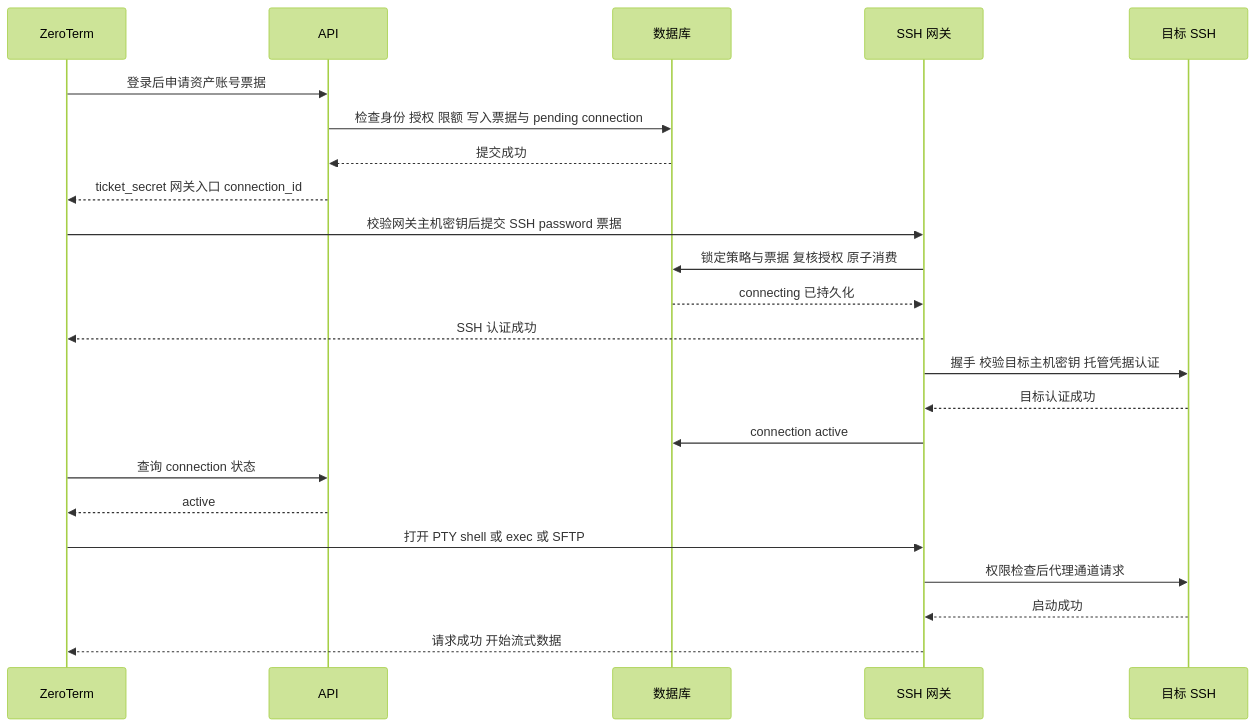
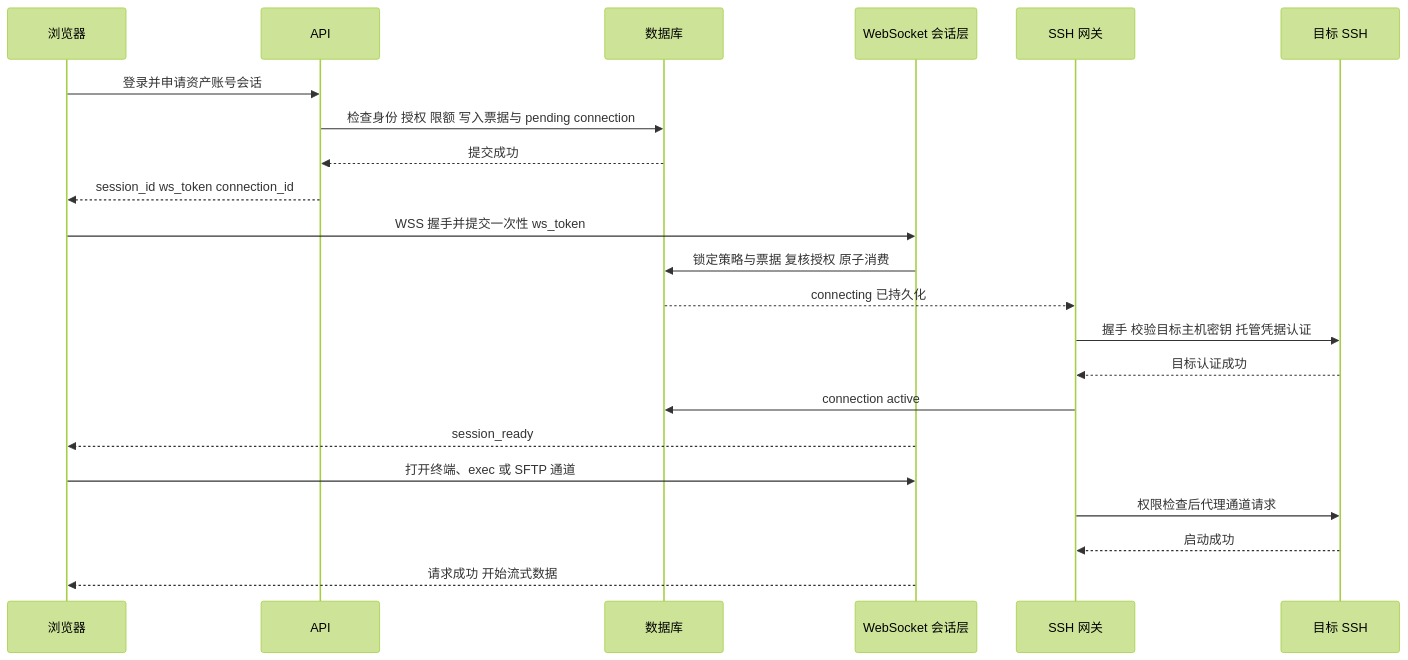
Before and after one commit to NotPeppa/zeroterm-terminal: the second of 4 diagrams in design.md, drawn with Mermaid (forest theme). The commit also changed other lines of this file and 36 other files, not shown here.

````diff
--- a/design.md
+++ b/design.md
@@ -118,25 +122,24 @@
 ```mermaid
 sequenceDiagram
-    participant Z as ZeroTerm
+    participant B as 浏览器
     participant A as API
     participant D as 数据库
+    participant W as WebSocket 会话层
     participant G as SSH 网关
     participant T as 目标 SSH
-    Z->>A: 登录后申请资产账号票据
+    B->>A: 登录并申请资产账号会话
     A->>D: 检查身份 授权 限额 写入票据与 pending connection
     D-->>A: 提交成功
-    A-->>Z: ticket_secret 网关入口 connection_id
-    Z->>G: 校验网关主机密钥后提交 SSH password 票据
-    G->>D: 锁定策略与票据 复核授权 原子消费
+    A-->>B: session_id ws_token connection_id
+    B->>W: WSS 握手并提交一次性 ws_token
+    W->>D: 锁定策略与票据 复核授权 原子消费
     D-->>G: connecting 已持久化
-    G-->>Z: SSH 认证成功
     G->>T: 握手 校验目标主机密钥 托管凭据认证
     T-->>G: 目标认证成功
     G->>D: connection active
-    Z->>A: 查询 connection 状态
-    A-->>Z: active
-    Z->>G: 打开 PTY shell 或 exec 或 SFTP
+    W-->>B: session_ready
+    B->>W: 打开终端、exec 或 SFTP 通道
     G->>T: 权限检查后代理通道请求
     T-->>G: 启动成功
-    G-->>Z: 请求成功 开始流式数据
+    W-->>B: 请求成功 开始流式数据
 ```
````
